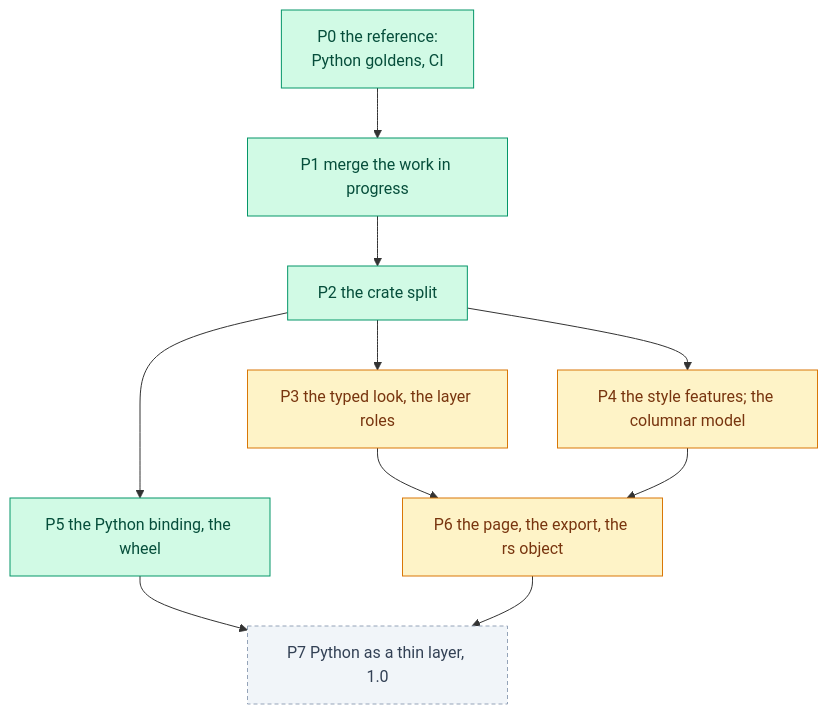
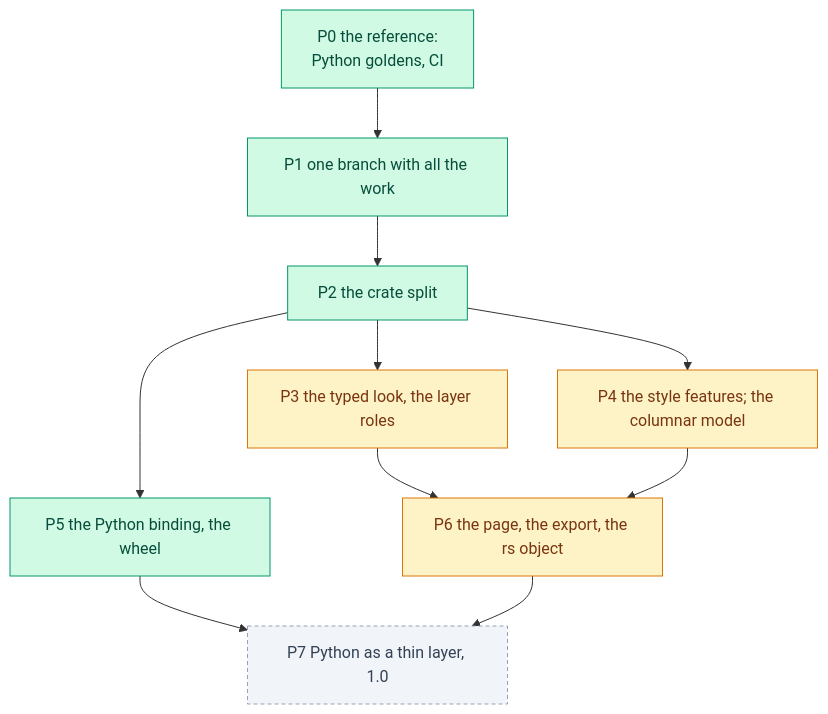
The fifth of 5 diagrams in docs/rust/architecture.md (Khoshkhah/roadstyle), drawn with Mermaid before and after one commit. The commit also changed other lines of this file and 6 other files, not shown here.

First line of the commit message:
docs: the architecture of the Rust version, made from the code

````diff
--- a/docs/rust/architecture.md
+++ b/docs/rust/architecture.md
@@ -128,18 +400,18 @@
 ```mermaid
 flowchart TB
     P0["P0 the reference:<br/>Python goldens, CI"]:::done
-    P1["P1 merge the work in progress"]:::done
+    P1["P1 one branch with all the work"]:::done
     P2["P2 the crate split"]:::done
     P3["P3 the typed look, the layer roles"]:::part
     P4["P4 the style features; the columnar model"]:::part
     P5["P5 the Python binding, the wheel"]:::done
     P6["P6 the page, the export, the rs object"]:::part
     P7["P7 Python as a thin layer, 1.0"]:::open
     P0 --> P1 --> P2
     P2 --> P3 & P4 & P5
     P3 & P4 --> P6
     P5 & P6 --> P7
     classDef done fill:#d1fae5,stroke:#059669,color:#064e3b
     classDef part fill:#fef3c7,stroke:#d97706,color:#78350f
     classDef open fill:#f1f5f9,stroke:#94a3b8,color:#334155,stroke-dasharray:4 3
 ```
````
